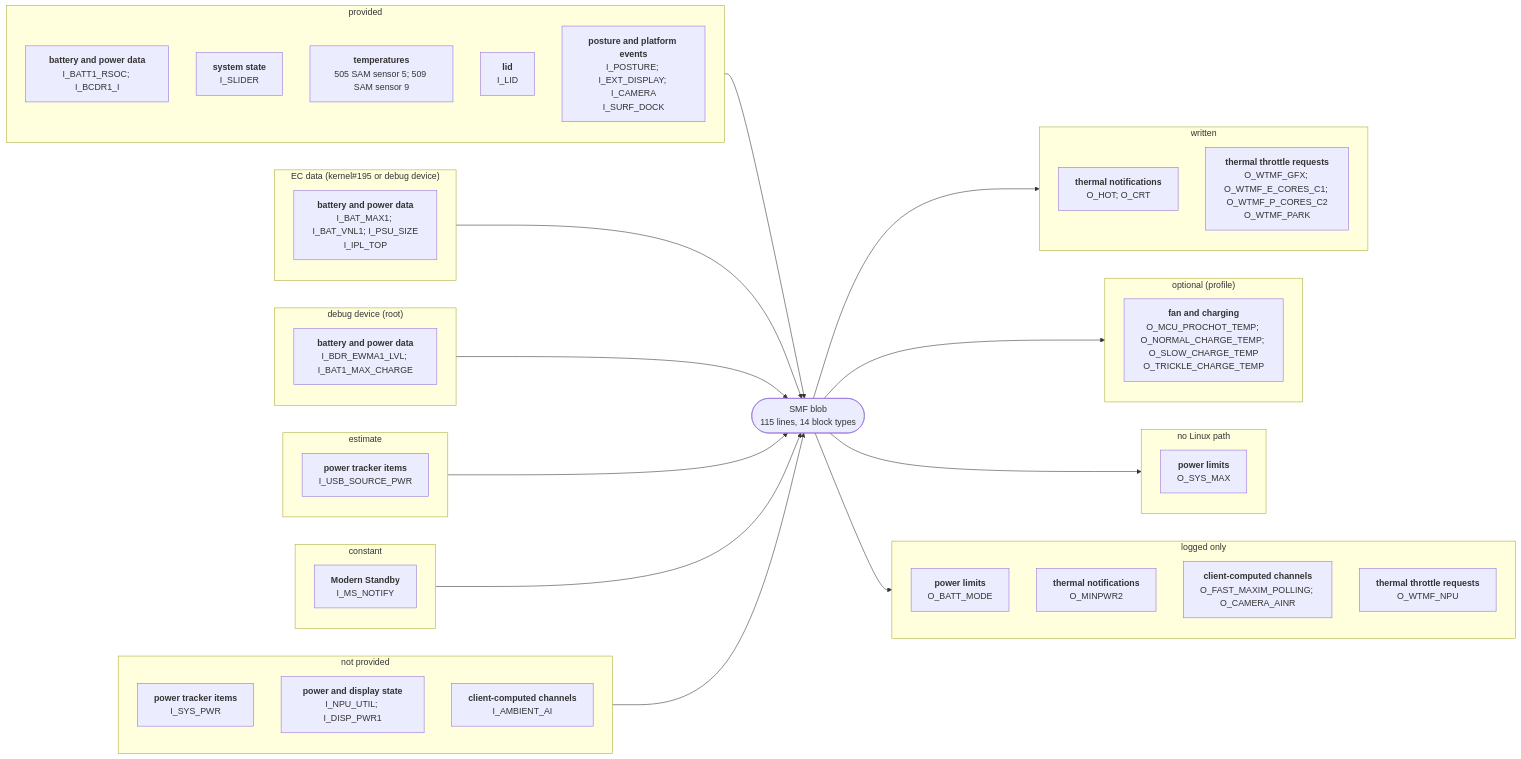
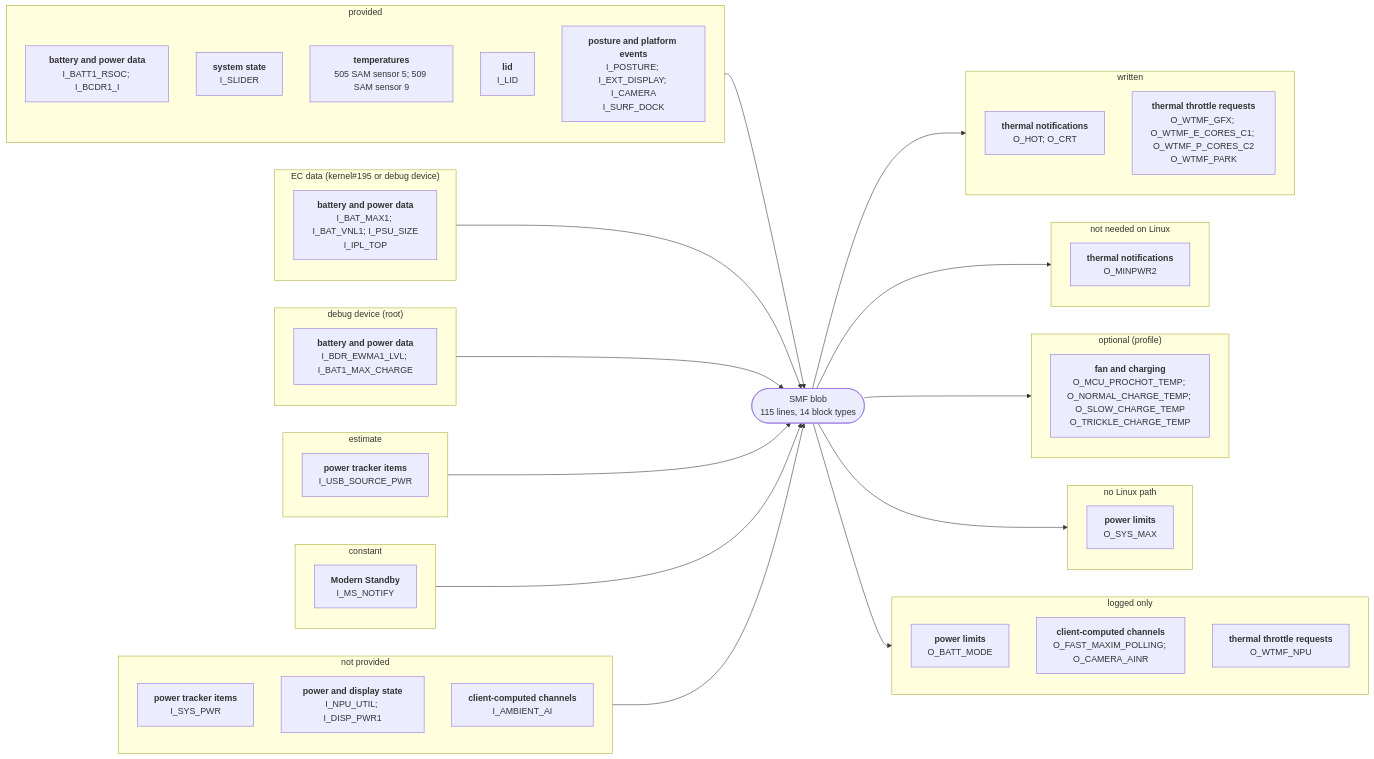
The diagram in docs/devices/surface-pro-12-1st-edition.md (larsschellhas/linux-surface-power), drawn with Mermaid before and after one commit. The commit also changed other lines of this file and 42 other files, not shown here.

First line of the commit message:
Remaining Pro 10 outputs: PL1 time window, sensor offset, two not needed

````diff
--- a/docs/devices/surface-pro-12-1st-edition.md
+++ b/docs/devices/surface-pro-12-1st-edition.md
@@ -19,54 +19,57 @@
 ```mermaid
 flowchart LR
     subgraph IN0["provided"]
         I0_28B7BD85["<b>battery and power data</b><br/>I_BATT1_RSOC; I_BCDR1_I"]
         I0_2DD6960F["<b>system state</b><br/>I_SLIDER"]
         I0_2E8B14C2["<b>temperatures</b><br/>505 SAM sensor 5; 509 SAM sensor 9"]
         I0_5D0EE597["<b>lid</b><br/>I_LID"]
         I0_8060B17F["<b>posture and platform events</b><br/>I_POSTURE; I_EXT_DISPLAY; I_CAMERA<br/>I_SURF_DOCK"]
     end
     IN0 --> B
     subgraph IN1["EC data (kernel#195 or debug device)"]
         I1_28B7BD85["<b>battery and power data</b><br/>I_BAT_MAX1; I_BAT_VNL1; I_PSU_SIZE<br/>I_IPL_TOP"]
     end
     IN1 --> B
     subgraph IN2["debug device (root)"]
         I2_28B7BD85["<b>battery and power data</b><br/>I_BDR_EWMA1_LVL; I_BAT1_MAX_CHARGE"]
     end
     IN2 --> B
     subgraph IN3["estimate"]
         I3_049E36F2["<b>power tracker items</b><br/>I_USB_SOURCE_PWR"]
     end
     IN3 --> B
     subgraph IN4["constant"]
         I4_DEF1AB69["<b>Modern Standby</b><br/>I_MS_NOTIFY"]
     end
     IN4 --> B
     subgraph IN5["not provided"]
         I5_049E36F2["<b>power tracker items</b><br/>I_SYS_PWR"]
         I5_1FB53D4C["<b>power and display state</b><br/>I_NPU_UTIL; I_DISP_PWR1"]
         I5_87008365["<b>client-computed channels</b><br/>I_AMBIENT_AI"]
     end
     IN5 --> B
     B(["SMF blob<br/>115 lines, 14 block types"])
     subgraph OUT0["written"]
         O0_110DF2A4["<b>thermal notifications</b><br/>O_HOT; O_CRT"]
         O0_9BBB8910["<b>thermal throttle requests</b><br/>O_WTMF_GFX; O_WTMF_E_CORES_C1; O_WTMF_P_CORES_C2<br/>O_WTMF_PARK"]
     end
     B --> OUT0
-    subgraph OUT1["optional (profile)"]
-        O1_B620798F["<b>fan and charging</b><br/>O_MCU_PROCHOT_TEMP; O_NORMAL_CHARGE_TEMP; O_SLOW_CHARGE_TEMP<br/>O_TRICKLE_CHARGE_TEMP"]
+    subgraph OUT1["not needed on Linux"]
+        O1_110DF2A4["<b>thermal notifications</b><br/>O_MINPWR2"]
     end
     B --> OUT1
-    subgraph OUT2["no Linux path"]
-        O2_0B7B5350["<b>power limits</b><br/>O_SYS_MAX"]
+    subgraph OUT2["optional (profile)"]
+        O2_B620798F["<b>fan and charging</b><br/>O_MCU_PROCHOT_TEMP; O_NORMAL_CHARGE_TEMP; O_SLOW_CHARGE_TEMP<br/>O_TRICKLE_CHARGE_TEMP"]
     end
     B --> OUT2
-    subgraph OUT3["logged only"]
-        O3_0B7B5350["<b>power limits</b><br/>O_BATT_MODE"]
-        O3_110DF2A4["<b>thermal notifications</b><br/>O_MINPWR2"]
-        O3_87008365["<b>client-computed channels</b><br/>O_FAST_MAXIM_POLLING; O_CAMERA_AINR"]
-        O3_9BBB8910["<b>thermal throttle requests</b><br/>O_WTMF_NPU"]
+    subgraph OUT3["no Linux path"]
+        O3_0B7B5350["<b>power limits</b><br/>O_SYS_MAX"]
     end
     B --> OUT3
+    subgraph OUT4["logged only"]
+        O4_0B7B5350["<b>power limits</b><br/>O_BATT_MODE"]
+        O4_87008365["<b>client-computed channels</b><br/>O_FAST_MAXIM_POLLING; O_CAMERA_AINR"]
+        O4_9BBB8910["<b>thermal throttle requests</b><br/>O_WTMF_NPU"]
+    end
+    B --> OUT4
 ```
````
